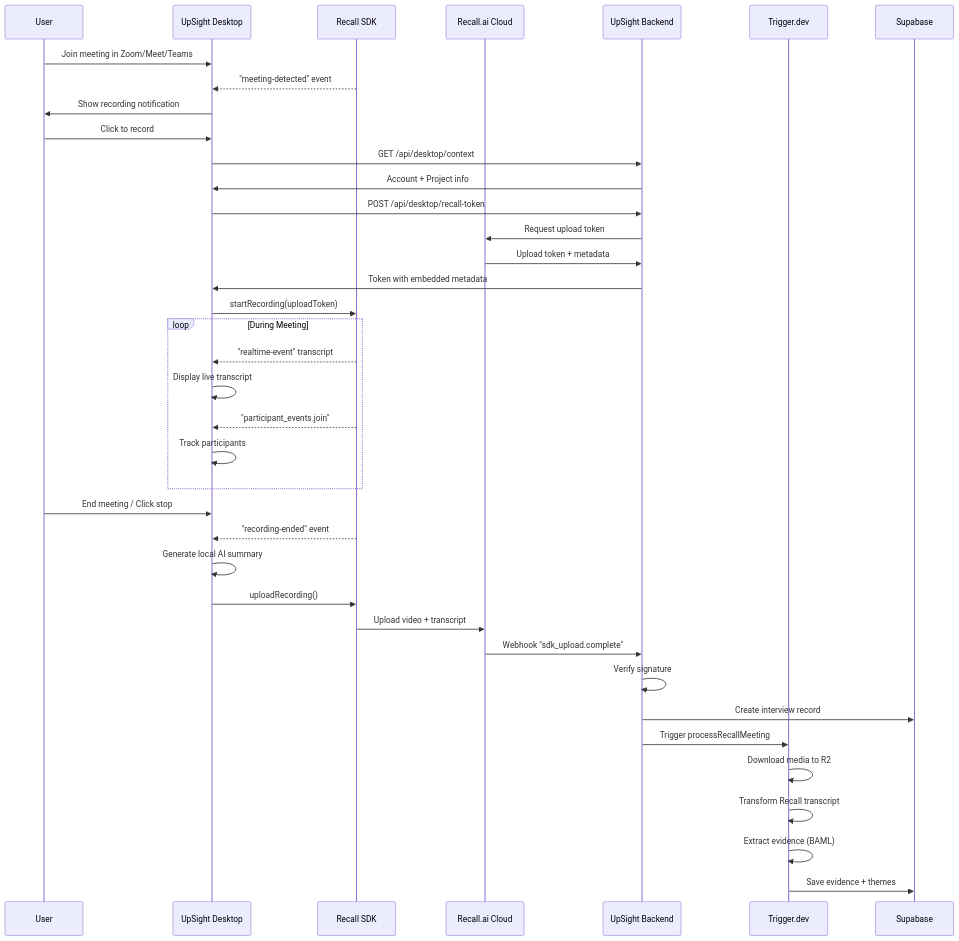
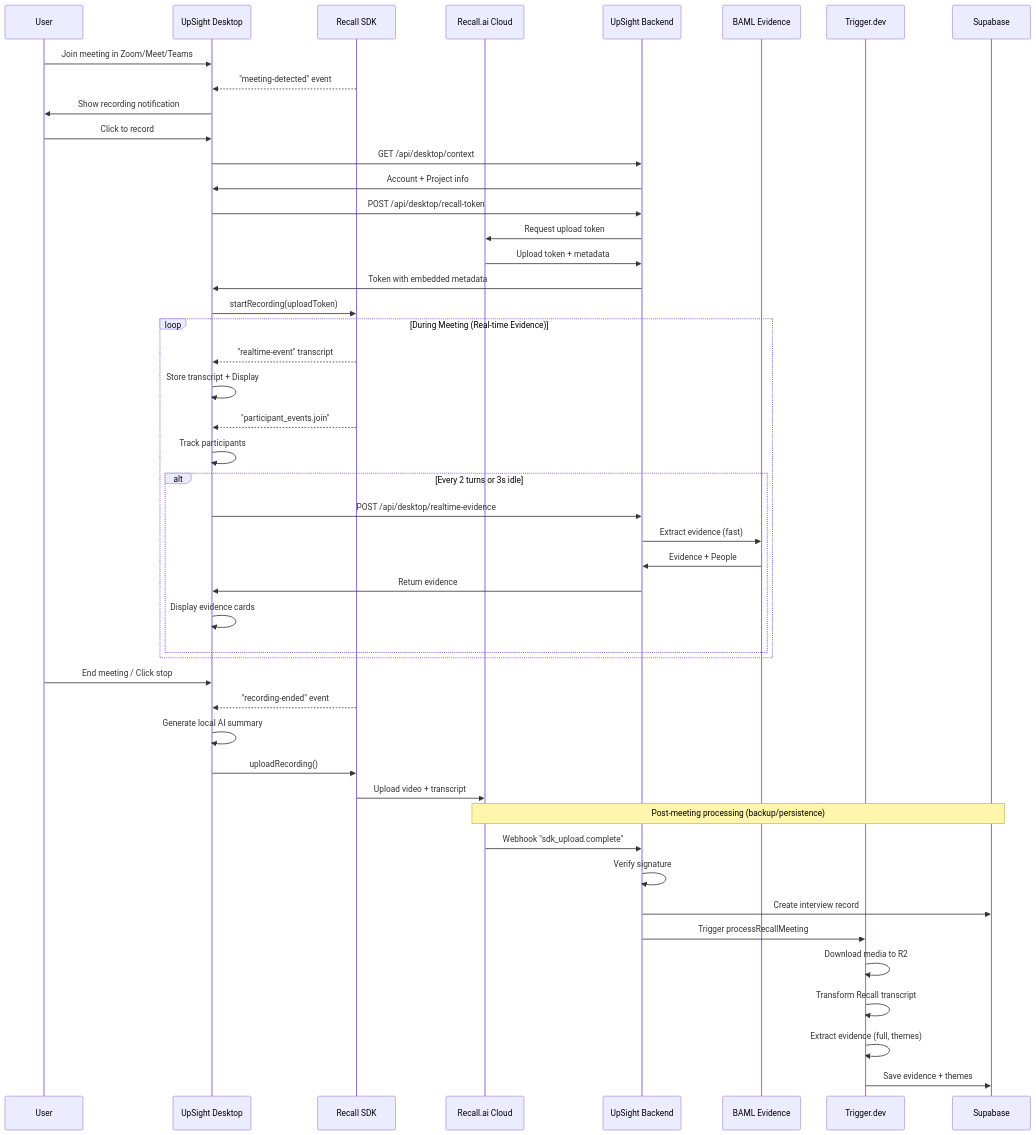
One commit to epic-hq/Insights changed the third of 3 diagrams in app/features/realtime-transcription/SYSTEM-FLOW.md. Above: the diagram before and after it, drawn with Mermaid. The commit also changed other lines of this file and 2 other files, not shown here.

First line of the commit message:
feat(realtime): add real-time evidence extraction during meetings

````diff
--- a/app/features/realtime-transcription/SYSTEM-FLOW.md
+++ b/app/features/realtime-transcription/SYSTEM-FLOW.md
@@ -83,46 +84,56 @@
 ```mermaid
 sequenceDiagram
     participant User
     participant Desktop as UpSight Desktop
     participant RecallSDK as Recall SDK
     participant RecallCloud as Recall.ai Cloud
     participant Backend as UpSight Backend
+    participant BAML as BAML Evidence
     participant Trigger as Trigger.dev
     participant DB as Supabase
 
     User->>Desktop: Join meeting in Zoom/Meet/Teams
     RecallSDK-->>Desktop: "meeting-detected" event
     Desktop->>User: Show recording notification
 
     User->>Desktop: Click to record
     Desktop->>Backend: GET /api/desktop/context
     Backend->>Desktop: Account + Project info
     Desktop->>Backend: POST /api/desktop/recall-token
     Backend->>RecallCloud: Request upload token
     RecallCloud->>Backend: Upload token + metadata
     Backend->>Desktop: Token with embedded metadata
 
     Desktop->>RecallSDK: startRecording(uploadToken)
 
-    loop During Meeting
+    loop During Meeting (Real-time Evidence)
         RecallSDK-->>Desktop: "realtime-event" transcript
-        Desktop->>Desktop: Display live transcript
+        Desktop->>Desktop: Store transcript + Display
         RecallSDK-->>Desktop: "participant_events.join"
         Desktop->>Desktop: Track participants
+
+        alt Every 2 turns or 3s idle
+            Desktop->>Backend: POST /api/desktop/realtime-evidence
+            Backend->>BAML: Extract evidence (fast)
+            BAML->>Backend: Evidence + People
+            Backend->>Desktop: Return evidence
+            Desktop->>Desktop: Display evidence cards
+        end
     end
 
     User->>Desktop: End meeting / Click stop
     RecallSDK-->>Desktop: "recording-ended" event
     Desktop->>Desktop: Generate local AI summary
     Desktop->>RecallSDK: uploadRecording()
     RecallSDK->>RecallCloud: Upload video + transcript
 
+    Note over RecallCloud,DB: Post-meeting processing (backup/persistence)
     RecallCloud->>Backend: Webhook "sdk_upload.complete"
     Backend->>Backend: Verify signature
     Backend->>DB: Create interview record
     Backend->>Trigger: Trigger processRecallMeeting
     Trigger->>Trigger: Download media to R2
     Trigger->>Trigger: Transform Recall transcript
-    Trigger->>Trigger: Extract evidence (BAML)
+    Trigger->>Trigger: Extract evidence (full, themes)
     Trigger->>DB: Save evidence + themes
 ```
````
